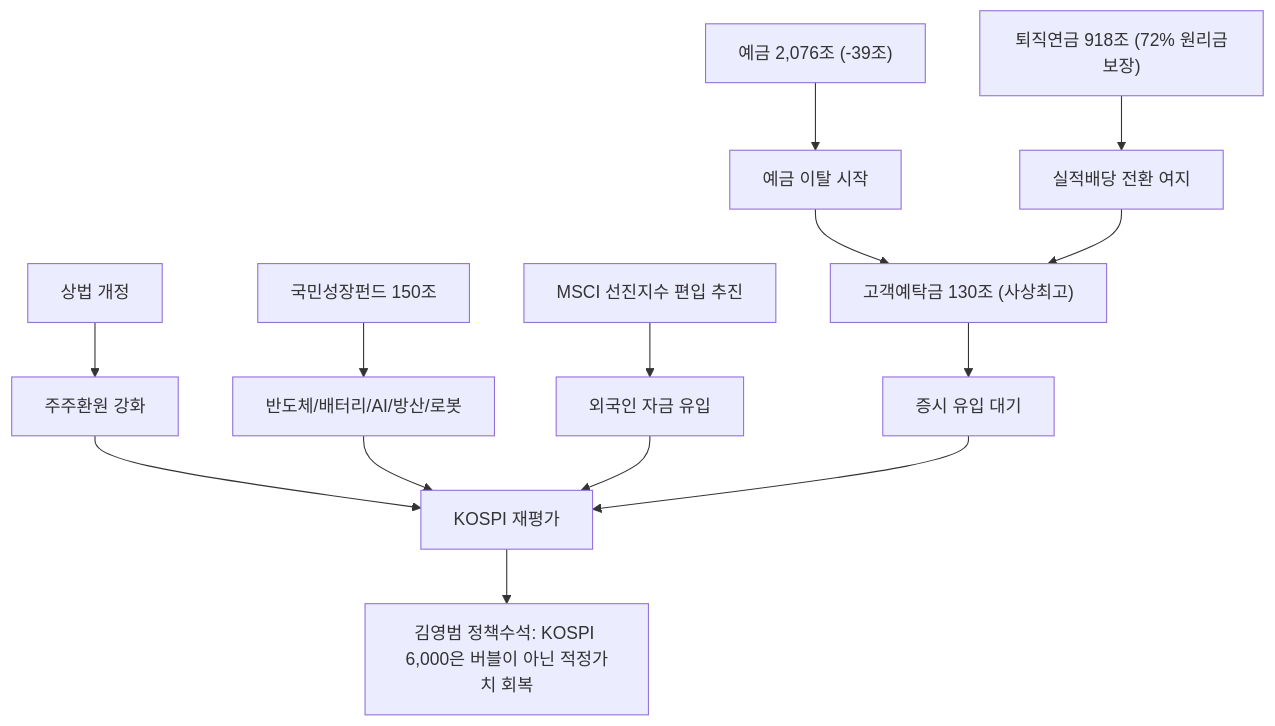
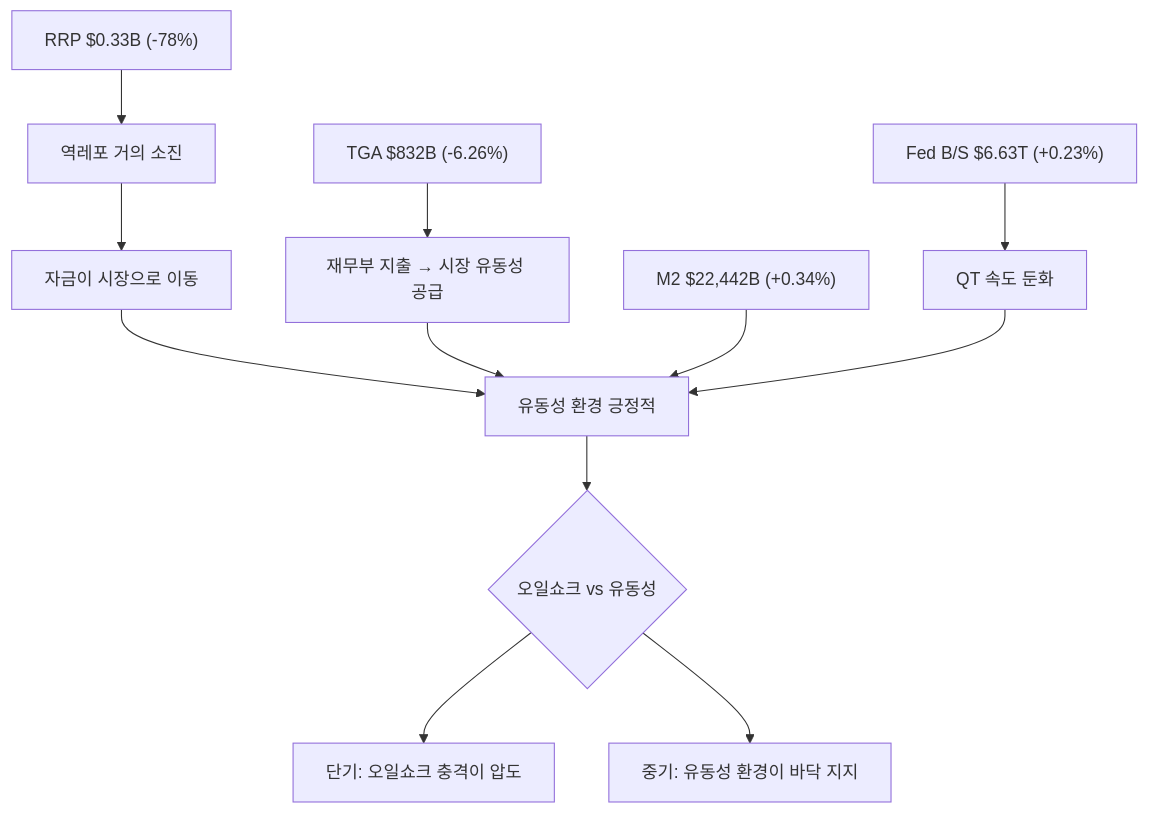
The fourth of 8 diagrams in _posts/knowledge/invest/2026-01-21-macroeconomic-policy-sector-outlook-2026.md (dss99911/dss99911.github.io), drawn with Mermaid before and after one commit. The commit also changed other lines of this file and 4 other files, not shown here.

````diff
--- a/_posts/knowledge/invest/2026-01-21-macroeconomic-policy-sector-outlook-2026.md
+++ b/_posts/knowledge/invest/2026-01-21-macroeconomic-policy-sector-outlook-2026.md
@@ -201,16 +223,14 @@
 ```mermaid
 graph TD
-    A["예금 2,076조 (-39조)"] --> B["예금 이탈 시작"]
-    C["퇴직연금 918조 (72% 원리금보장)"] --> D["실적배당 전환 여지"]
-    B --> E["고객예탁금 130조 (사상최고)"]
-    D --> E
-    E --> F["증시 유입 대기"]
-    G["상법 개정"] --> H["주주환원 강화"]
-    I["국민성장펀드 150조"] --> J["반도체/배터리/AI/방산/로봇"]
-    K["MSCI 선진지수 편입 추진"] --> L["외국인 자금 유입"]
-    H --> M["KOSPI 재평가"]
-    J --> M
-    L --> M
-    F --> M
-    M --> N["김영범 정책수석: KOSPI 6,000은 버블이 아닌 적정가치 회복"]
+    A["RRP $0.33B (-78%)"] --> B["역레포 거의 소진"]
+    B --> C["자금이 시장으로 이동"]
+    D["TGA $832B (-6.26%)"] --> E["재무부 지출 → 시장 유동성 공급"]
+    C --> F["유동성 환경 긍정적"]
+    E --> F
+    G["M2 $22,442B (+0.34%)"] --> F
+    H["Fed B/S $6.63T (+0.23%)"] --> I["QT 속도 둔화"]
+    I --> F
+    F --> J{"오일쇼크 vs 유동성"}
+    J --> K["단기: 오일쇼크 충격이 압도"]
+    J --> L["중기: 유동성 환경이 바닥 지지"]
 ```
````
